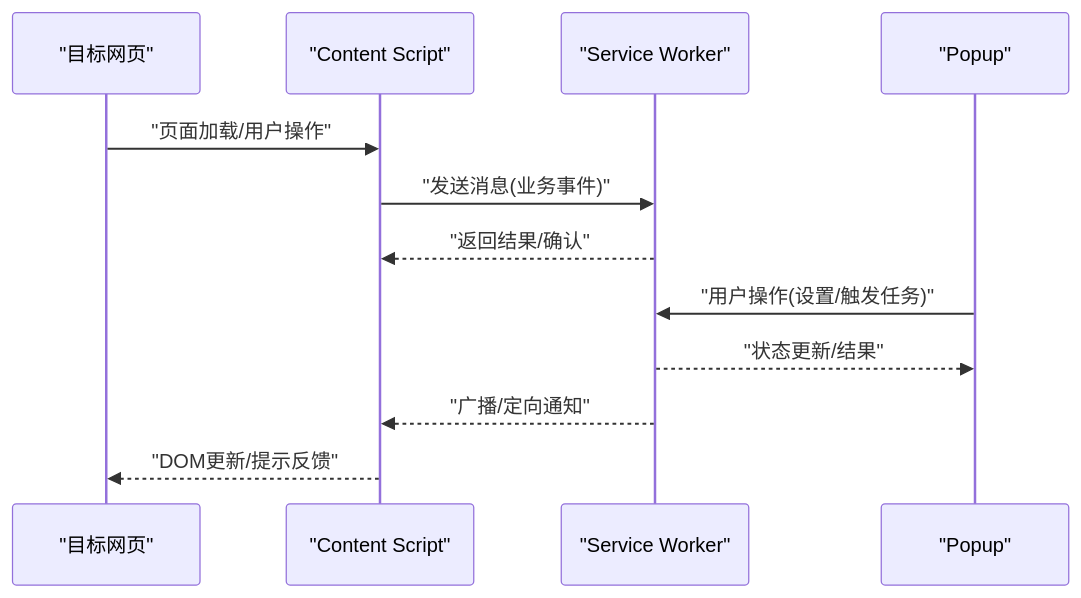
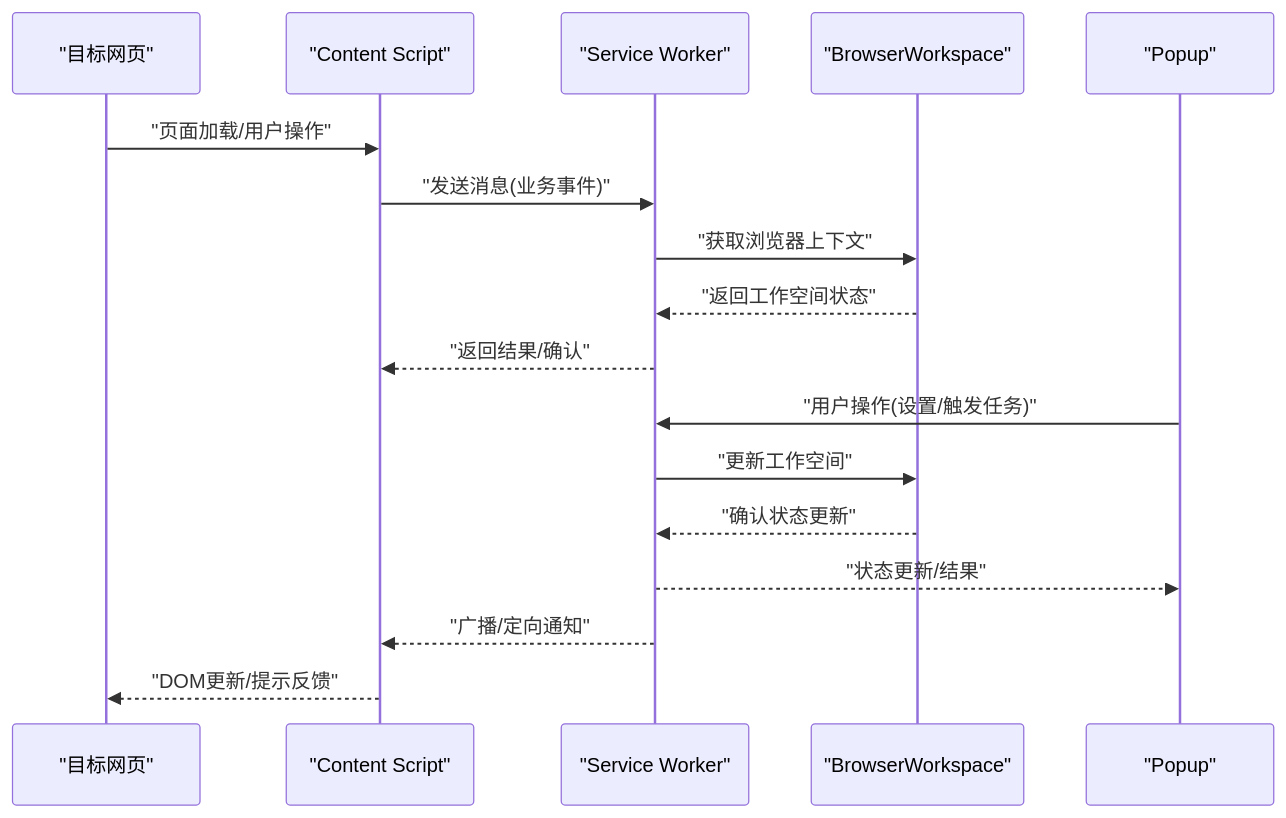
One commit to iljahofbauer219-lang/yandu changed the second of 7 diagrams in .qoder/repowiki/zh/content/系统架构/浏览器扩展架构.md. Above: the diagram before and after it, drawn with Mermaid. The commit also changed other lines of this file and 630 other files, not shown here.

````diff
--- a/.qoder/repowiki/zh/content/系统架构/浏览器扩展架构.md
+++ b/.qoder/repowiki/zh/content/系统架构/浏览器扩展架构.md
@@ -90,14 +110,19 @@
 ```mermaid
 sequenceDiagram
 participant Page as "目标网页"
 participant CS as "Content Script"
 participant SW as "Service Worker"
+participant BW as "BrowserWorkspace"
 participant PU as "Popup"
 Page->>CS : "页面加载/用户操作"
 CS->>SW : "发送消息(业务事件)"
+SW->>BW : "获取浏览器上下文"
+BW-->>SW : "返回工作空间状态"
 SW-->>CS : "返回结果/确认"
 PU->>SW : "用户操作(设置/触发任务)"
+SW->>BW : "更新工作空间"
+BW-->>SW : "确认状态更新"
 SW-->>PU : "状态更新/结果"
 SW-->>CS : "广播/定向通知"
 CS-->>Page : "DOM更新/提示反馈"
 ```
````
